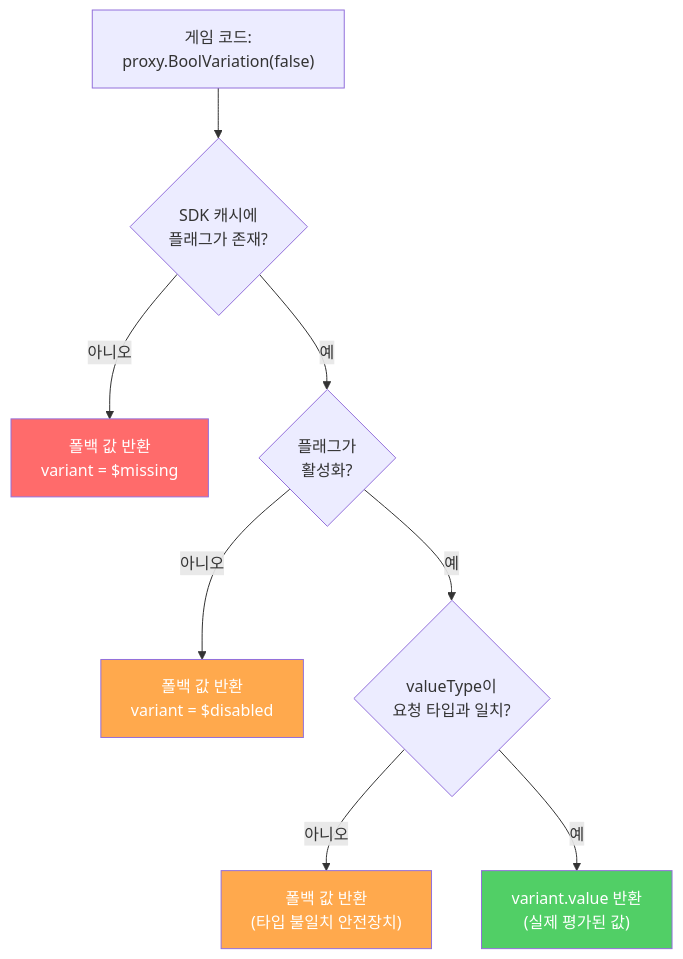
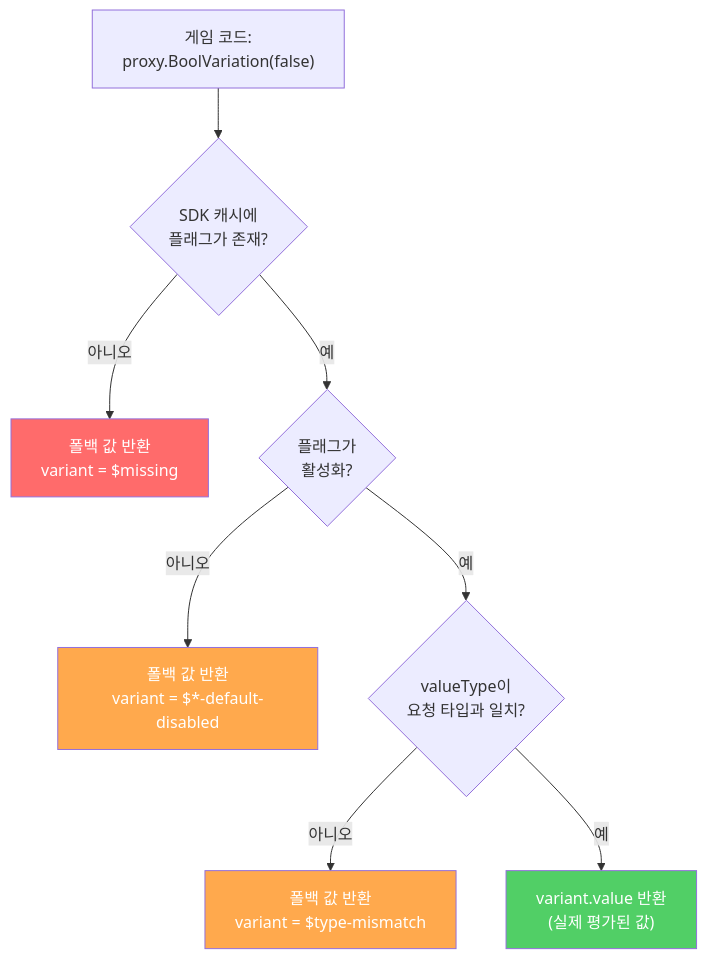
Before and after one commit to maxidea1024/gatrix: the third of 8 diagrams in packages/sdks/client-sdks/gatrix-unity-sdk/README.ko.md, drawn with Mermaid. The commit also changed other lines of this file and 1 other file, not shown here.

Commit message:
docs(unity-sdk): fix variant names and add Variation API signatures with fallbackValue explanation

````diff
--- a/packages/sdks/client-sdks/gatrix-unity-sdk/README.ko.md
+++ b/packages/sdks/client-sdks/gatrix-unity-sdk/README.ko.md
@@ -115,15 +126,15 @@
 ```mermaid
 flowchart TD
     A["게임 코드:<br/>proxy.BoolVariation(false)"] --> B{"SDK 캐시에<br/>플래그가 존재?"}
     B -->|아니오| C["폴백 값 반환<br/>variant = $missing"]
     B -->|예| D{"플래그가<br/>활성화?"}
-    D -->|아니오| E["폴백 값 반환<br/>variant = $disabled"]
+    D -->|아니오| E["폴백 값 반환<br/>variant = $*-default-disabled"]
     D -->|예| F{"valueType이<br/>요청 타입과 일치?"}
-    F -->|아니오| G["폴백 값 반환<br/>(타입 불일치 안전장치)"]
+    F -->|아니오| G["폴백 값 반환<br/>variant = $type-mismatch"]
     F -->|예| H["variant.value 반환<br/>(실제 평가된 값)"]
 
     style C fill:#ff6b6b,color:#fff
     style E fill:#ffa94d,color:#fff
     style G fill:#ffa94d,color:#fff
     style H fill:#51cf66,color:#fff
 ```
````
